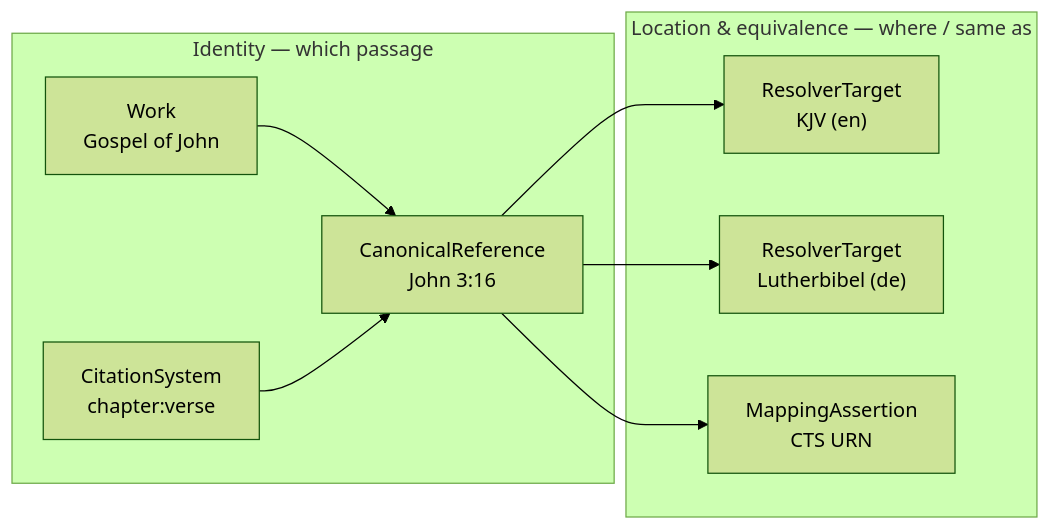
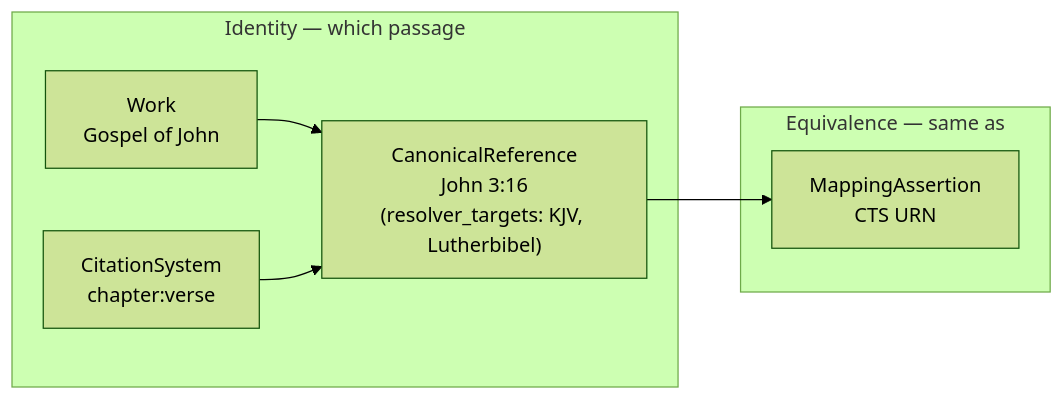
One commit to textrefs/textrefs.org changed the diagram in src/content/docs/standard/index.md. Above: the diagram before and after it, drawn with Mermaid (forest theme). The commit also changed other lines of this file and 3 other files, not shown here.

First line of the commit message:
docs: align resolver-target wording with embedded model

````diff
--- a/src/content/docs/standard/index.md
+++ b/src/content/docs/standard/index.md
@@ -16,18 +16,14 @@
 ```mermaid
 flowchart LR
     subgraph identity ["Identity — which passage"]
         W["Work<br/>Gospel of John"]
         CS["CitationSystem<br/>chapter:verse"]
-        CR["CanonicalReference<br/>John 3:16"]
+        CR["CanonicalReference<br/>John 3:16<br/>(resolver_targets: KJV, Lutherbibel)"]
         W --> CR
         CS --> CR
     end
-    subgraph location ["Location & equivalence — where / same as"]
-        RT1["ResolverTarget<br/>KJV (en)"]
-        RT2["ResolverTarget<br/>Lutherbibel (de)"]
+    subgraph equivalence ["Equivalence — same as"]
         MA["MappingAssertion<br/>CTS URN"]
     end
-    CR --> RT1
-    CR --> RT2
     CR --> MA
 ```
````
